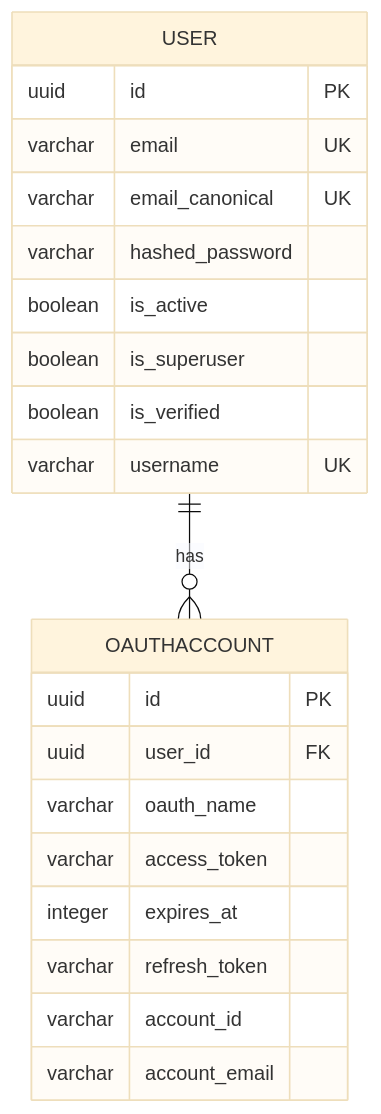
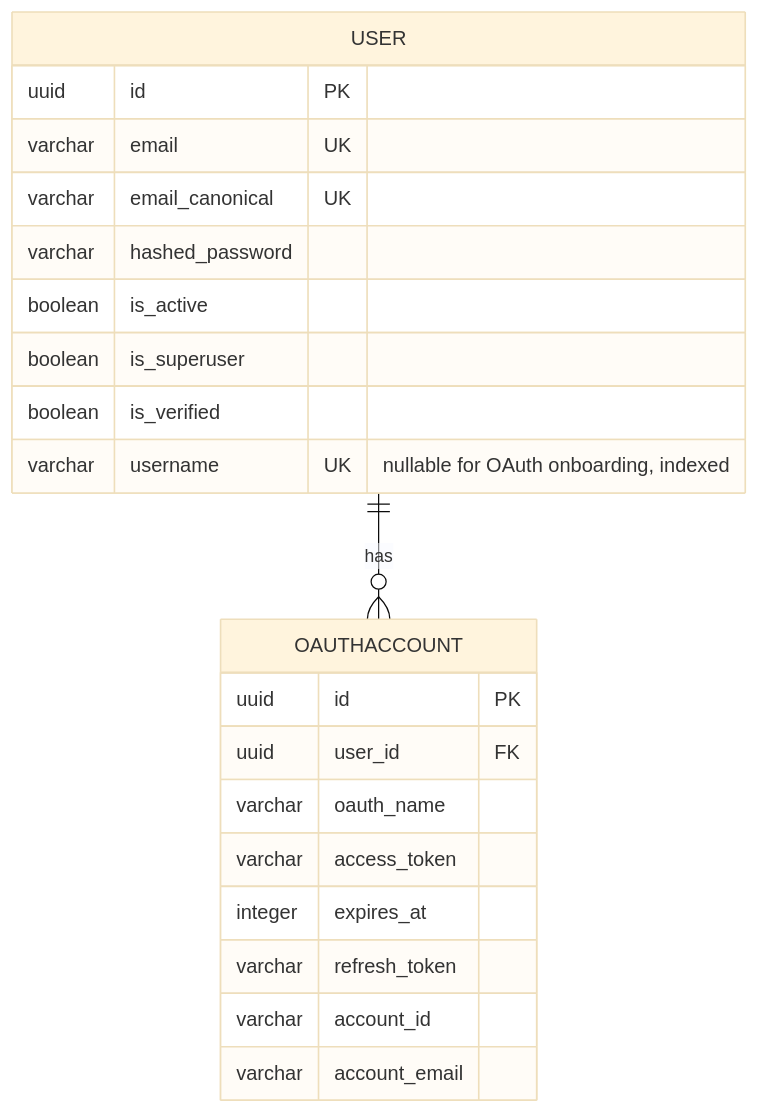
Before and after one commit to CMLPlatform/relab: the second of 5 diagrams in docs/src/content/docs/architecture/datamodel.mdx, drawn with Mermaid (base theme). The commit also changed other lines of this file and 10 other files, not shown here.

````diff
--- a/docs/src/content/docs/architecture/datamodel.mdx
+++ b/docs/src/content/docs/architecture/datamodel.mdx
@@ -69,26 +69,26 @@
 ```mermaid
 erDiagram
     USER {
         uuid id PK
         varchar email UK
         varchar email_canonical UK
         varchar hashed_password
         boolean is_active
         boolean is_superuser
         boolean is_verified
-        varchar username UK
+        varchar username UK "nullable for OAuth onboarding, indexed"
     }
 
     OAUTHACCOUNT {
         uuid id PK
         uuid user_id FK
         varchar oauth_name
         varchar access_token
         integer expires_at
         varchar refresh_token
         varchar account_id
         varchar account_email
     }
 
     USER ||--o{ OAUTHACCOUNT : "has"
 ```
````
